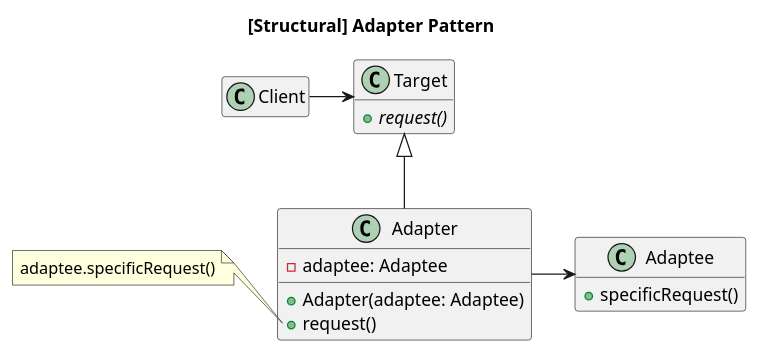
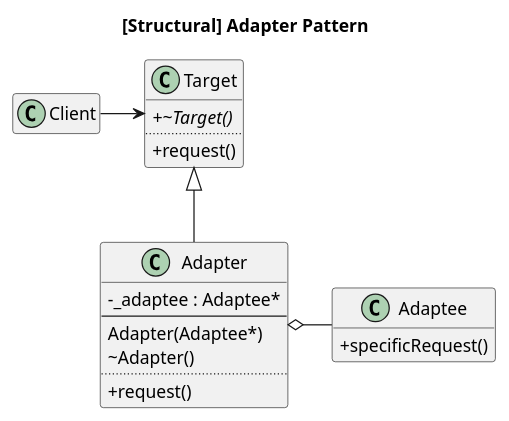
One commit to nampluskr/design_patterns changed the diagram in old/plantuml/structural_adapter.puml. Above: the diagram before and after it, drawn with PlantUML. The commit also changed 27 other files, not shown here.

```diff
--- a/old/plantuml/structural_adapter.puml
+++ b/old/plantuml/structural_adapter.puml
@@ -1,31 +1,29 @@
 @startuml
+skinparam classAttributeIconSize 0
 
 title [Structural] Adapter Pattern
 
-class Client
-
 class Target {
-    + {abstract} request()
+    + {abstract} ~Target()
+    ..
+    + request()
+}
+class Adapter {
+    - _adaptee : Adaptee*
+    --
+    Adapter(Adaptee*)
+    ~Adapter()
+    ..
+    + request()
+}
+class Adaptee {
+  + specificRequest()
 }
 
-class Adapter {
-    - adaptee: Adaptee
-    + Adapter(adaptee: Adaptee)
-    + request()
-}
-
-class Adaptee {
-    + specificRequest()
-}
-
-Client -r-> Target
-Adapter -u-|> Target
-Adapter -r-> Adaptee
+Client -> Target
+Target <|-- Adapter
+Adapter o- Adaptee
 
 hide empty members
 
-note left of Adapter::request
-    adaptee.specificRequest()
-end note
-
 @enduml
```
